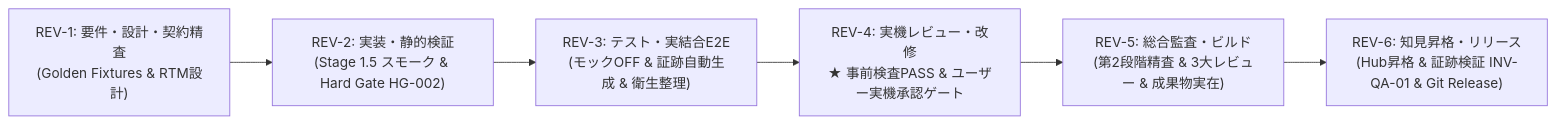
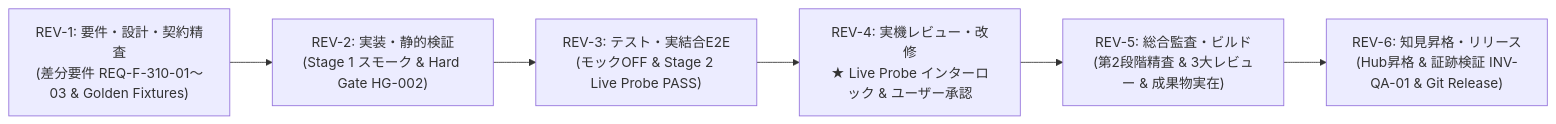
The second of 2 diagrams in docs/設計書/Current/AI駆動システム開発手順書.md (LeoPanda/template), drawn with Mermaid before and after one commit. The commit also changed other lines of this file and 41 other files, not shown here.

````diff
--- a/docs/設計書/Current/AI駆動システム開発手順書.md
+++ b/docs/設計書/Current/AI駆動システム開発手順書.md
@@ -147,8 +147,8 @@
 ```mermaid
 flowchart LR
-    R1["REV-1: 要件・設計・契約精査<br/>(Golden Fixtures & RTM設計)"] --> R2["REV-2: 実装・静的検証<br/>(Stage 1.5 スモーク & Hard Gate HG-002)"]
-    R2 --> R3["REV-3: テスト・実結合E2E<br/>(モックOFF & 証跡自動生成 & 衛生整理)"]
-    R3 --> R4["REV-4: 実機レビュー・改修<br/>★ 事前検査PASS & ユーザー実機承認ゲート"]
+    R1["REV-1: 要件・設計・契約精査<br/>(差分要件 REQ-F-310-01〜03 & Golden Fixtures)"] --> R2["REV-2: 実装・静的検証<br/>(Stage 1 スモーク & Hard Gate HG-002)"]
+    R2 --> R3["REV-3: テスト・実結合E2E<br/>(モックOFF & Stage 2 Live Probe PASS)"]
+    R3 --> R4["REV-4: 実機レビュー・改修<br/>★ Live Probe インターロック & ユーザー承認"]
     R4 --> R5["REV-5: 総合監査・ビルド<br/>(第2段階精査 & 3大レビュー & 成果物実在)"]
     R5 --> R6["REV-6: 知見昇格・リリース<br/>(Hub昇格 & 証跡検証 INV-QA-01 & Git Release)"]
 ```
````
